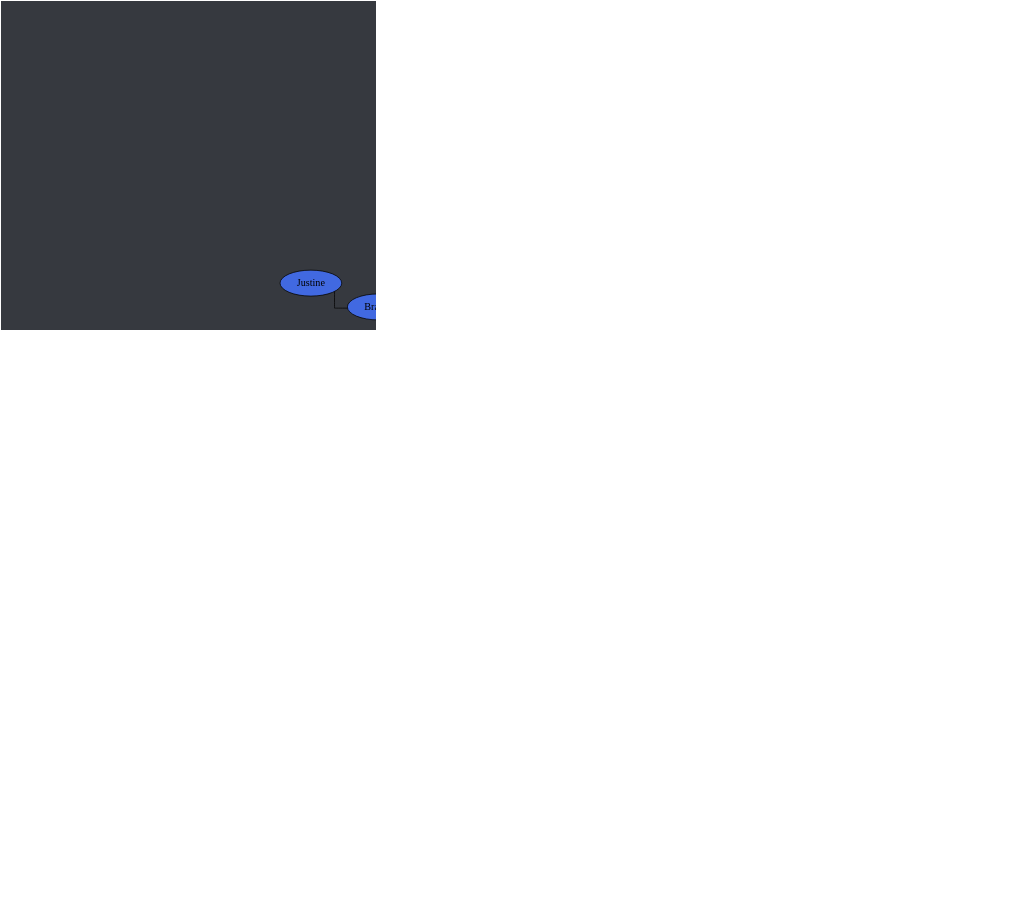
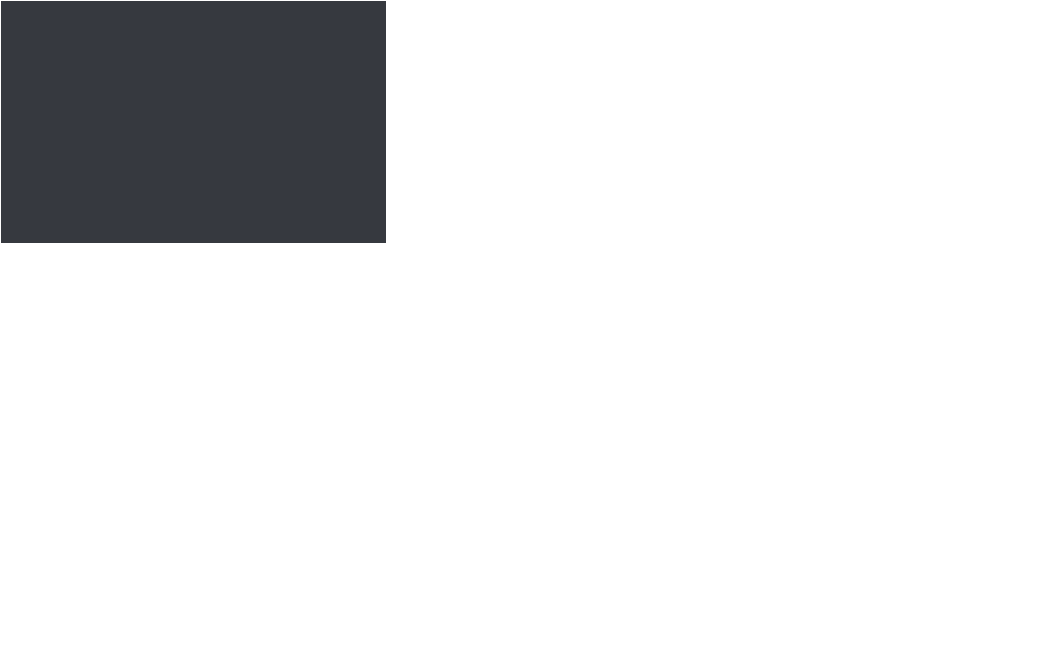
The diagram in tree.dot (Documidas/CoronaCatzFamilyTree), drawn with Graphviz before and after one commit. The commit also changed 1 other file, not shown here.

Commit message:
Add Joey

```diff
--- a/tree.dot
+++ b/tree.dot
@@ -1,179 +1,180 @@
 strict graph {
 	// Layout Configuration
 	layout = neato;
 	dpi = 200;
 	epsilon = 0.01;
 	mode = major;
 	model = subset;
 	overlap = false;
 	splines = ortho;
 	start = rand;
 
 	// Visual Configuration
 	graph [ truecolor=true bgcolor="#36393f" ];
 	node [ style=filled fillcolor="gray" fontcolor="black" ];
 
 	subgraph "Joel" {
 		node [ style=filled fillcolor="firebrick4" fontcolor="white" ];
 		Joel [ style=filled fillcolor="gold" fontcolor="black" ];
 
 		Cayla -- Ali;
 		Cayla -- Jake;
 		Cayla -- Jonathan;
 		Cayla -- "Nick.1";
 		Cayla -- Ranger;
 		Cayla -- Ross;
 		Joel -- Anders;
 		Joel -- Austin;
 		Joel -- Cayla;
 		Joel -- Jared;
 		Joel -- Patrick;
 		Joel -- Steven;
 		Joel -- Zachry;
 		Zachry -- Syd;
 	}
 
 	subgraph "Anders" {
 		node [ style=filled fillcolor="green4" fontcolor="white" ];
 		// Anders [ style=filled fillcolor="green4" fontcolor="white" ];
 
 		Anders -- Chiara;
 		Anders -- "Cody.1";
 		Anders -- Cole;
 		Anders -- Daniel;
 		Anders -- Derek;
 		Anders -- DJ;
 		Anders -- Jen;
 		Anders -- "Matt.2";
 		Anders -- Solis;
 		Anders -- Wyatt;
 		Anders -- Viwat;
 		Anders -- "Zach.0";
 		Anders -- Zack;
 	}
 
 	subgraph "Jared" {
 		node [ style=filled fillcolor="royalblue" fontcolor="black" ];
 		// Jared [ style=filled fillcolor="royalblue" fontcolor="black" ];
 
 		Aly -- "Nick.2";
 		America -- "Kat.2";
 		Brandi -- Justine;
 		"Bryan.1" -- "Brandon.2";
 		"Bryan.1" -- "Cody.2";
 		"Bryan.1" -- Lori;
 		"Bryan.1" -- "Matt.3";
 		"Bryan.1" -- Nebtune;
 		Donnie -- Aiyo;
 		Donnie -- "Alex.2";
 		Donnie -- Aresty;
 		Donnie -- "Bryan.1";
 		Donnie -- Hua;
 		Donnie -- Mello;
 		Donnie -- Mia;
 		Donnie -- Mimi;
 		Donnie -- Moon;
 		Donnie -- "Nick.2";
 		Donnie -- Naomi;
 		Donnie -- Serge;
 		Donnie -- Vala;
 		Gaby -- "Chris.2";
 		Lori -- "Brandon.1";
 		Jared -- Alexander;
 		Jared -- Ben;
 		Jared -- Brandi;
 		Jared -- "Carter-1.0";
 		Jared -- Chad;
 		Jared -- Dave;
 		Jared -- Donnie;
 		Jared -- Em;
 		Jared -- Fabi;
 		Jared -- Frank;
 		Jared -- Hannah;
 		Jared -- "John Boi";
 		Jared -- "Josh.2";
 		Jared -- Mason;
 		Jared -- "Matt.1";
 		Jared -- Mehmet;
 		Jared -- Nam;
 		Jared -- Pixie;
 		Jared -- Spencer;
 		Jared -- Tyler;
 		Jared -- "Zach/Laniakea";
 		Jared -- Zoe;
 		"John Boi" -- Hardie;
 		Mimi -- Hia;
 		Moon -- "Brandon.3";
 		Tyler -- Aly;
 		Tyler -- "Alex.3";
 		Tyler -- America;
 		Tyler -- "Bryan.2";
 		Tyler -- Gaby;
 		Zoe -- Aiden;
 	}
 
 	subgraph "Zach/Laniakea" {
 		node [ style=filled fillcolor="#4eff2c" fontcolor="black" ];
 		// "Zach/Laniakea" [ style=filled fillcolor="#4eff2c" fontcolor="black" ];
 
 		"Caio.2" -- "Kyle.1";
 		"Caio.2" -- Lucas;
 		"Ryan/Des" -- Marcus;
 		"Zach/Laniakea" -- "Caio.2";
 		"Zach/Laniakea" -- John;
 		"Zach/Laniakea" -- "Logan.1";
 		"Zach/Laniakea" -- Kevin;
 		"Zach/Laniakea" -- Kody;
 		"Zach/Laniakea" -- "Kyle.0";
 		"Zach/Laniakea" -- Mike;
 		"Zach/Laniakea" -- "Ryan/Des";
 		"Zach/Laniakea" -- "Ryan/Wenger";
 	}
 
 	subgraph "John" {
 		node [ style=filled fillcolor="#c89b3c" fontcolor="black" ];
 		// John [ style=filled fillcolor="#c89b3c" fontcolor="black" ];
 
 		Jay -- "Logan.2";
 		John -- Anna;
 		John -- Emily;
 		John -- Haber;
 		John -- Jay;
 		John -- "Jack.1";
 		John -- Lara;
 		John -- "Thomas.1";
 	}
 
 	subgraph "Thomas.1" {
 		node [ style=filled fillcolor="#b04900" fontcolor="black" ];
 		// "Thomas.1" [ style=filled fillcolor="#b04900" fontcolor="black" ];
 
 		"Da'Von" -- Dalton;
 		"Da'Von" -- Jon;
 		"Da'Von" -- Karma;
 		"Da'Von" -- Zeller;
 		Dalton -- "Carter.2";
 		"Thomas.1" -- Alex;
 		"Thomas.1" -- "Da'Von";
 		"Thomas.1" -- Dre;
 		"Thomas.1" -- "Josh.1";
 		"Thomas.1" -- "Tony.1";
 	}
 
 	subgraph "Alex" {
 		node [ style=filled fillcolor="#6f2da8" fontcolor="white" ];
 		// Alex [ style=filled fillcolor="#6f2da8" fontcolor="black" ];
 
 		Alex -- "Alex/Blitt";
 		Alex -- Sam;
 		"Alex/Blitt" -- Brian;
 		"Alex/Blitt" -- Dan;
 		"Alex/Blitt" -- Gabriel;
+		"Alex/Blitt" -- Joey;
 		"Alex/Blitt" -- "Kyle.3";
 		"Alex/Blitt" -- Mikael;
 		"Alex/Blitt" -- Nathan;
 		"Alex/Blitt" -- Nolan;
 		"Alex/Blitt" -- "Ryan.1";
 		Gabriel -- "Ryan.2";
 	}
 }
```
